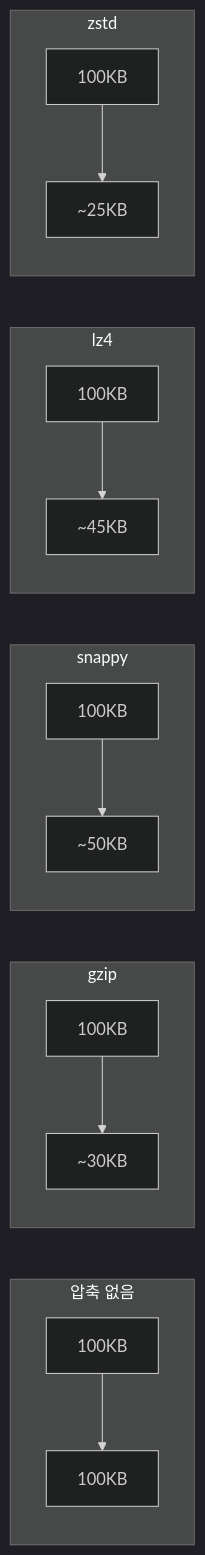
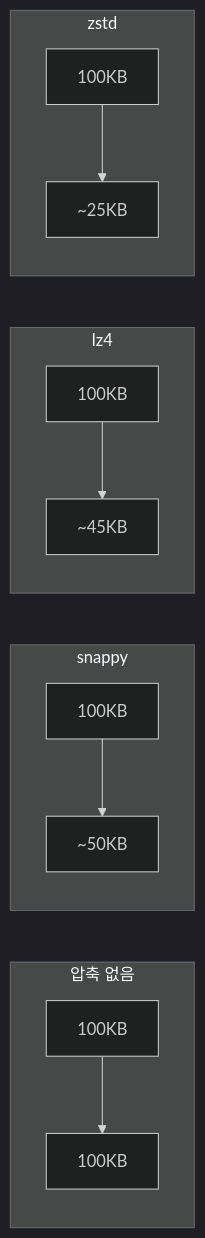
One commit to advanced-beginner/advanced-beginner.github.io changed the third of 4 diagrams in content/ko/kafka/concepts/producer-tuning.md. Above: the diagram before and after it, drawn with Mermaid (dark theme). The commit also changed other lines of this file and 21 other files, not shown here.

````diff
--- a/content/ko/kafka/concepts/producer-tuning.md
+++ b/content/ko/kafka/concepts/producer-tuning.md
@@ -214,22 +111,18 @@
 ```mermaid
 flowchart LR
     subgraph NoComp["압축 없음"]
         NC1["100KB"] --> NC2["100KB"]
-    end
-
-    subgraph GZIP["gzip"]
-        G1["100KB"] --> G2["~30KB"]
     end
 
     subgraph Snappy["snappy"]
         S1["100KB"] --> S2["~50KB"]
     end
 
     subgraph LZ4["lz4"]
         L1["100KB"] --> L2["~45KB"]
     end
 
     subgraph ZSTD["zstd"]
         Z1["100KB"] --> Z2["~25KB"]
     end
 ```
````
